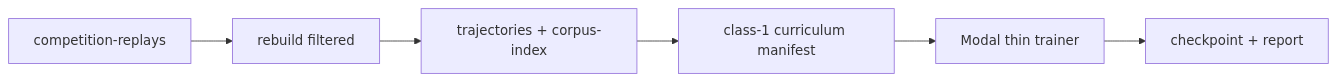
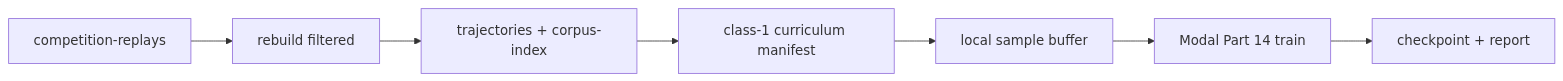
Before and after one commit to bystronerik/generals-arena: the diagram in docs/morpheus-implementation/pilot-class1-scraped.md, drawn with Mermaid. The commit also changed other lines of this file and 14 other files, not shown here.

First line of the commit message:
Remove the Morpheus pilot trainer path.

````diff
--- a/docs/morpheus-implementation/pilot-class1-scraped.md
+++ b/docs/morpheus-implementation/pilot-class1-scraped.md
@@ -22,11 +21,12 @@
 ```mermaid
 flowchart LR
   scrapes["competition-replays"]
   rebuild["rebuild filtered"]
   traj["trajectories + corpus-index"]
   class1["class-1 curriculum manifest"]
-  pilot["Modal thin trainer"]
+  buffer["local sample buffer"]
+  train["Modal Part 14 train"]
   ckpt["checkpoint + report"]
 
-  scrapes --> rebuild --> traj --> class1 --> pilot --> ckpt
+  scrapes --> rebuild --> traj --> class1 --> buffer --> train --> ckpt
 ```
````
